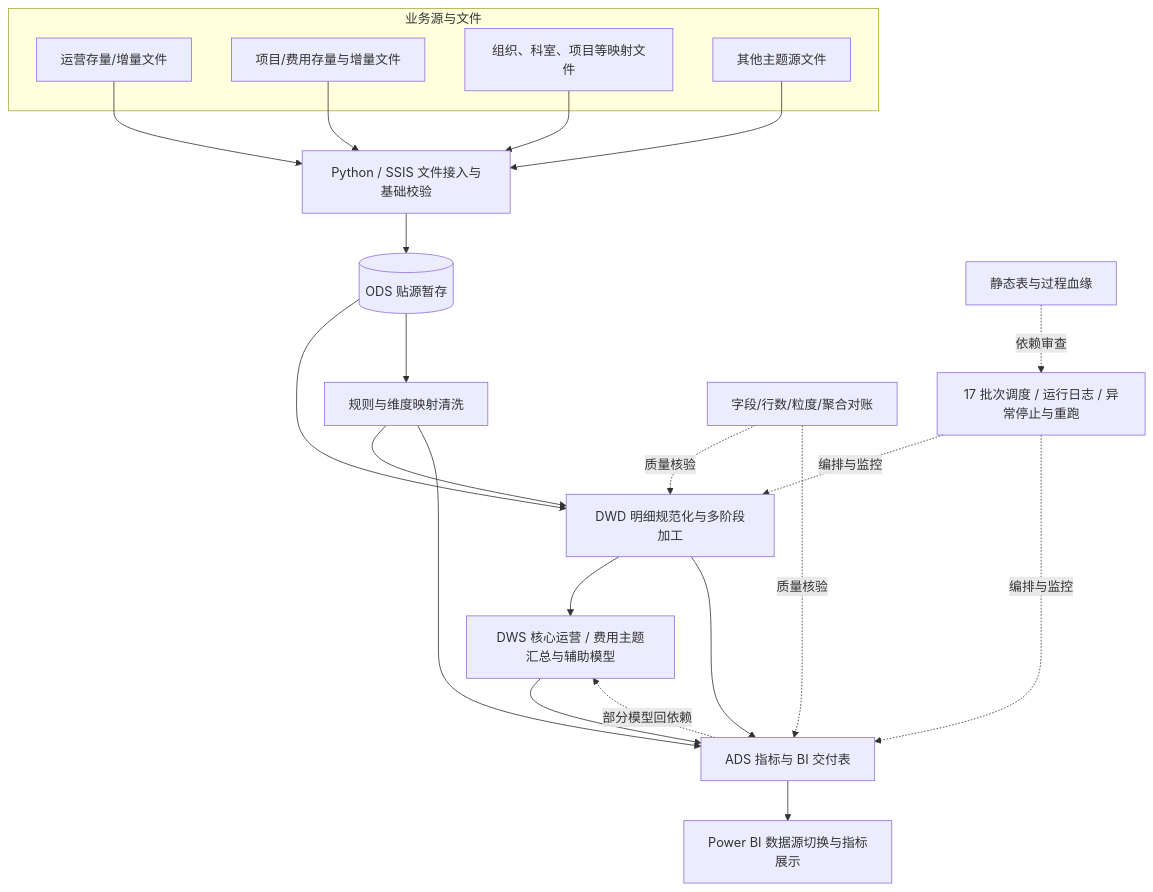
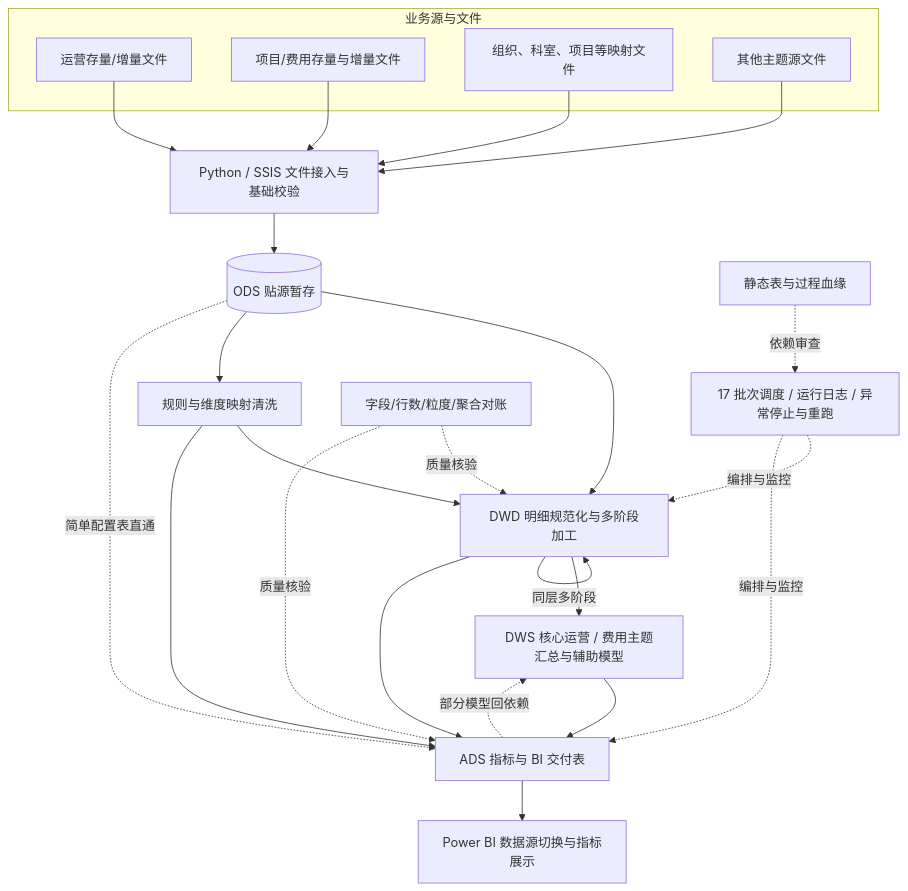
The first of 2 diagrams in README.md (wyu215005/bi-warehouse-migration-case-study), drawn with Mermaid before and after one commit. The commit also changed other lines of this file and 6 other files, not shown here.

First line of the commit message:
审核修订：泛化内部代号、补齐架构图非标准路径、补入实测技术事实

````diff
--- a/README.md
+++ b/README.md
@@ -52,35 +52,37 @@
 ```mermaid
 flowchart TB
     subgraph SRC[业务源与文件]
         A[运营存量/增量文件]
         B[项目/费用存量与增量文件]
         C[组织、科室、项目等映射文件]
         D[其他主题源文件]
     end
     X[Python / SSIS 文件接入与基础校验]
     O[(ODS 贴源暂存)]
     W[规则与维度映射清洗]
     DWD[DWD 明细规范化与多阶段加工]
     DWS[DWS 核心运营 / 费用主题汇总与辅助模型]
     ADS[ADS 指标与 BI 交付表]
     BI[Power BI 数据源切换与指标展示]
     A --> X
     B --> X
     C --> X
     D --> X
     X --> O
     O --> DWD
     O --> W
     W --> DWD
     W --> ADS
+    O -.简单配置表直通.-> ADS
+    DWD -->|同层多阶段| DWD
     DWD --> DWS
     DWD --> ADS
     DWS --> ADS
     ADS --> BI
     ADS -.部分模型回依赖.-> DWS
     S[17 批次调度 / 运行日志 / 异常停止与重跑] -.编排与监控.-> DWD
     S -.编排与监控.-> ADS
     Q[字段/行数/粒度/聚合对账] -.质量核验.-> DWD
     Q -.质量核验.-> ADS
     L[静态表与过程血缘] -.依赖审查.-> S
 ```
````
